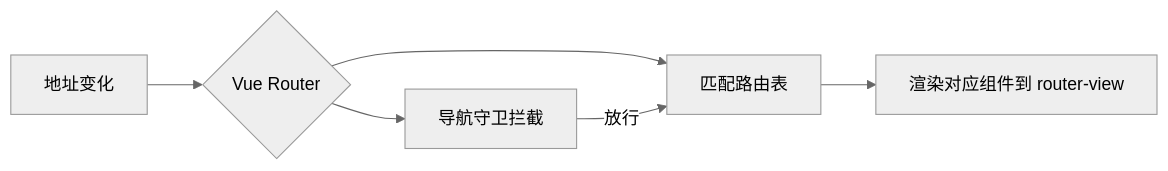
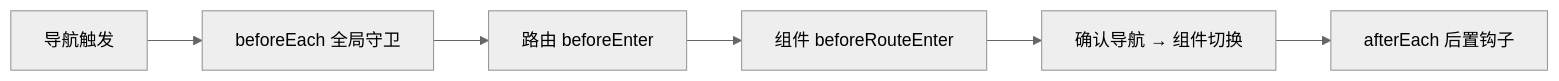
One commit to inspire-man/frontend-knowledge-base changed the diagram in frontend-knowledge-base/卷六-框架核心Vue3/6.5-路由VueRouter.md. Above: the diagram before and after it, drawn with Mermaid (neutral theme). The commit also changed other lines of this file and 6 other files, not shown here.

````diff
--- a/frontend-knowledge-base/卷六-框架核心Vue3/6.5-路由VueRouter.md
+++ b/frontend-knowledge-base/卷六-框架核心Vue3/6.5-路由VueRouter.md
@@ -12,8 +45,8 @@
 ```mermaid
 flowchart LR
-    A[地址变化] --> B{Vue Router}
-    B --> C[匹配路由表]
-    C --> D[渲染对应组件到 router-view]
-    B --> E[导航守卫拦截]
-    E -->|放行| C
+    A[导航触发] --> B[beforeEach 全局守卫]
+    B --> C[路由 beforeEnter]
+    C --> D[组件 beforeRouteEnter]
+    D --> E[确认导航 → 组件切换]
+    E --> F[afterEach 后置钩子]
 ```
````
